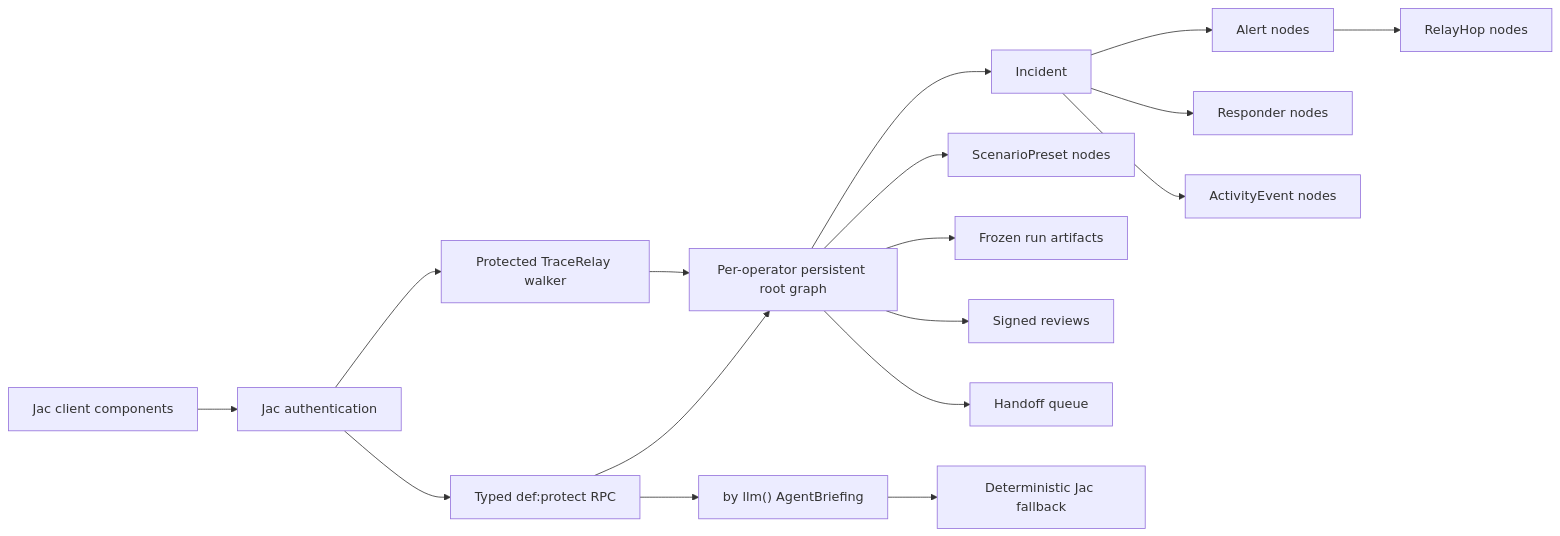
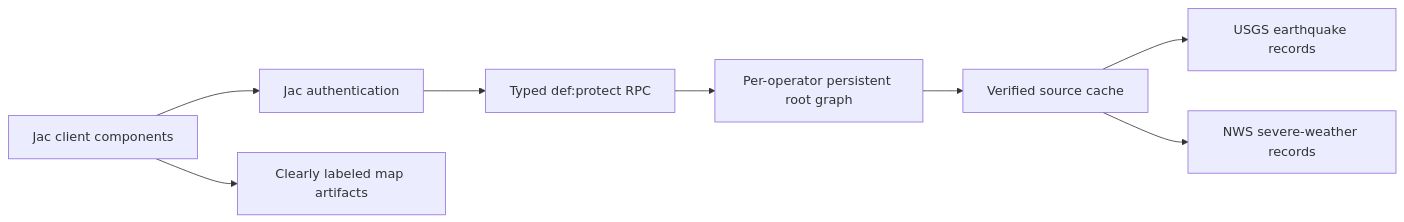
The diagram in web/README.md (rishabhcli/SafeRelay), drawn with Mermaid before and after one commit. The commit also changed other lines of this file and 13 other files, not shown here.

````diff
--- a/web/README.md
+++ b/web/README.md
@@ -80,19 +70,10 @@
 ```mermaid
 flowchart LR
     UI["Jac client components"] --> AUTH["Jac authentication"]
     AUTH --> RPC["Typed def:protect RPC"]
-    AUTH --> WALKER["Protected TraceRelay walker"]
     RPC --> ROOT["Per-operator persistent root graph"]
-    WALKER --> ROOT
-    ROOT --> INCIDENT["Incident"]
-    INCIDENT --> ALERTS["Alert nodes"]
-    ALERTS --> HOPS["RelayHop nodes"]
-    INCIDENT --> TEAMS["Responder nodes"]
-    INCIDENT --> EVENTS["ActivityEvent nodes"]
-    ROOT --> PRESETS["ScenarioPreset nodes"]
-    ROOT --> RUNS["Frozen run artifacts"]
-    ROOT --> REVIEWS["Signed reviews"]
-    ROOT --> HANDOFFS["Handoff queue"]
-    RPC --> AGENT["by llm() AgentBriefing"]
-    AGENT --> FALLBACK["Deterministic Jac fallback"]
+    ROOT --> CACHE["Verified source cache"]
+    CACHE --> USGS["USGS earthquake records"]
+    CACHE --> NWS["NWS severe-weather records"]
+    UI --> MAP["Clearly labeled map artifacts"]
 ```
````
